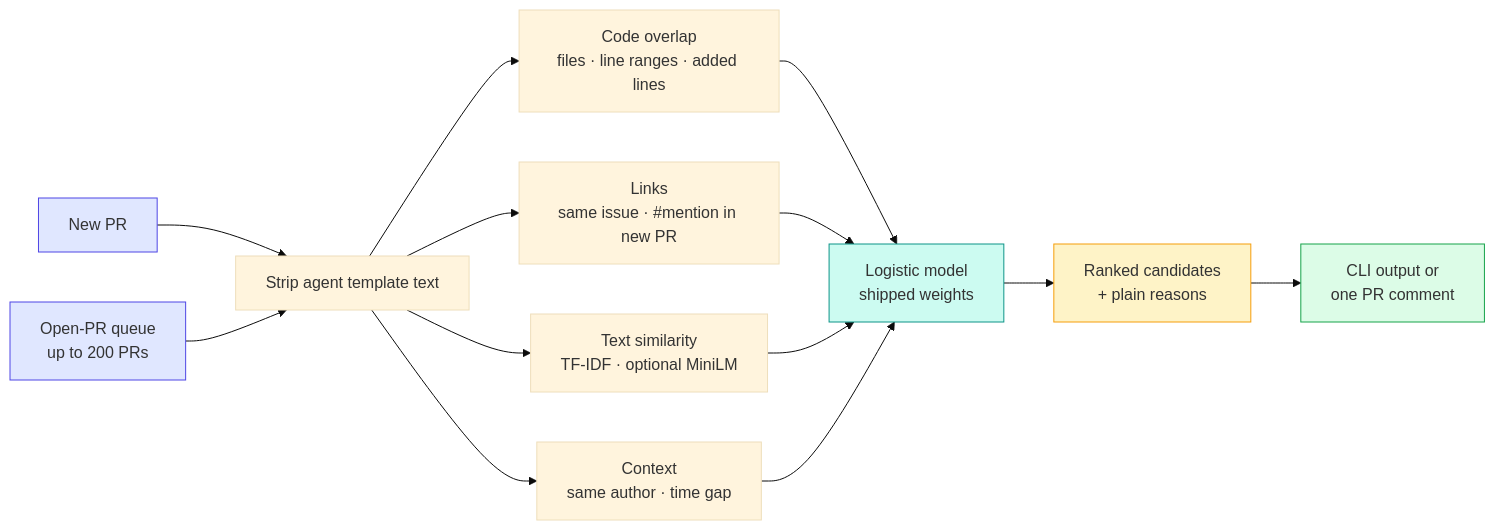
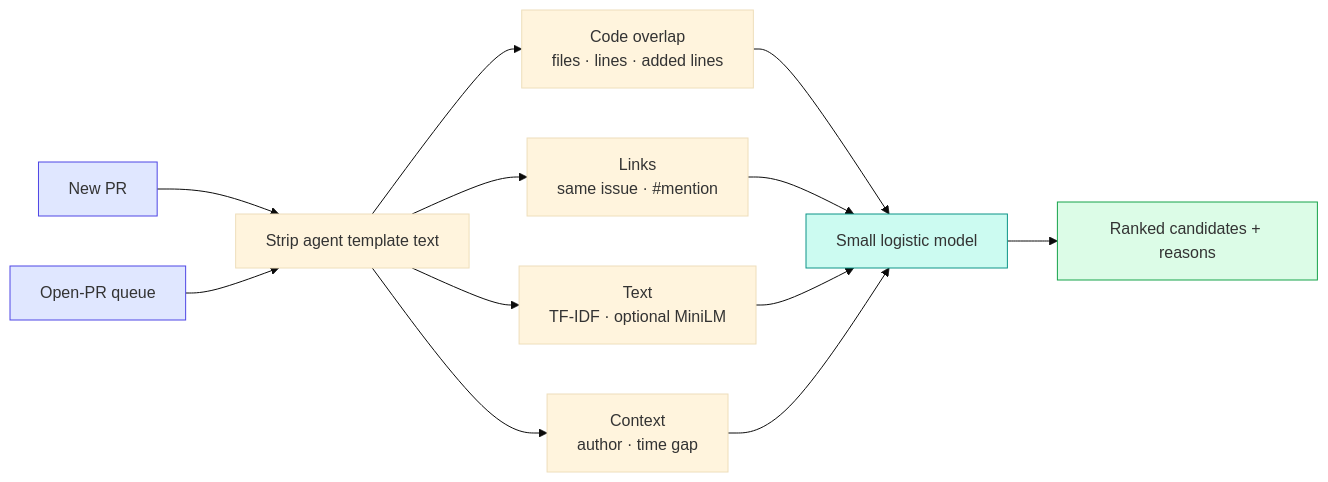
One commit to ReviewDebtZero/rd0-jinx changed the diagram in README.md. Above: the diagram before and after it, drawn with Mermaid (base theme). The commit also changed other lines of this file and 2 other files, not shown here.

````diff
--- a/README.md
+++ b/README.md
@@ -219,17 +116,15 @@
 ```mermaid
 flowchart LR
     A[New PR] --> B[Strip agent template text]
-    Q[Open-PR queue<br/>up to 200 PRs] --> B
-    B --> C1[Code overlap<br/>files · line ranges · added lines]
-    B --> C2[Links<br/>same issue · #mention in new PR]
-    B --> C3[Text similarity<br/>TF-IDF · optional MiniLM]
-    B --> C4[Context<br/>same author · time gap]
-    C1 & C2 & C3 & C4 --> D[Logistic model<br/>shipped weights]
-    D --> E[Ranked candidates<br/>+ plain reasons]
-    E --> F[CLI output or<br/>one PR comment]
+    Q[Open-PR queue] --> B
+    B --> C1[Code overlap<br/>files · lines · added lines]
+    B --> C2[Links<br/>same issue · #mention]
+    B --> C3[Text<br/>TF-IDF · optional MiniLM]
+    B --> C4[Context<br/>author · time gap]
+    C1 & C2 & C3 & C4 --> D[Small logistic model]
+    D --> E[Ranked candidates + reasons]
     style A fill:#e0e7ff,stroke:#4f46e5
     style Q fill:#e0e7ff,stroke:#4f46e5
     style D fill:#ccfbf1,stroke:#0d9488
-    style E fill:#fef3c7,stroke:#f59e0b
-    style F fill:#dcfce7,stroke:#16a34a
+    style E fill:#dcfce7,stroke:#16a34a
 ```
````
